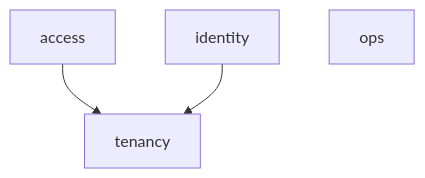
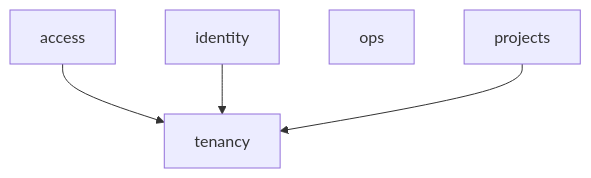
The diagram in docs/architecture/module-map.md (kingdonk-ops/Project-AIP), drawn with Mermaid before and after one commit. The commit also changed other lines of this file and 1 other file, not shown here.

Commit message:
PROJECTS-01: tenancy API list and module map include the new pieces

````diff
--- a/docs/architecture/module-map.md
+++ b/docs/architecture/module-map.md
@@ -19,7 +20,8 @@
 ```mermaid
 graph TD
     access --> tenancy
     identity --> tenancy
     ops
+    projects --> tenancy
     tenancy
 ```
````
